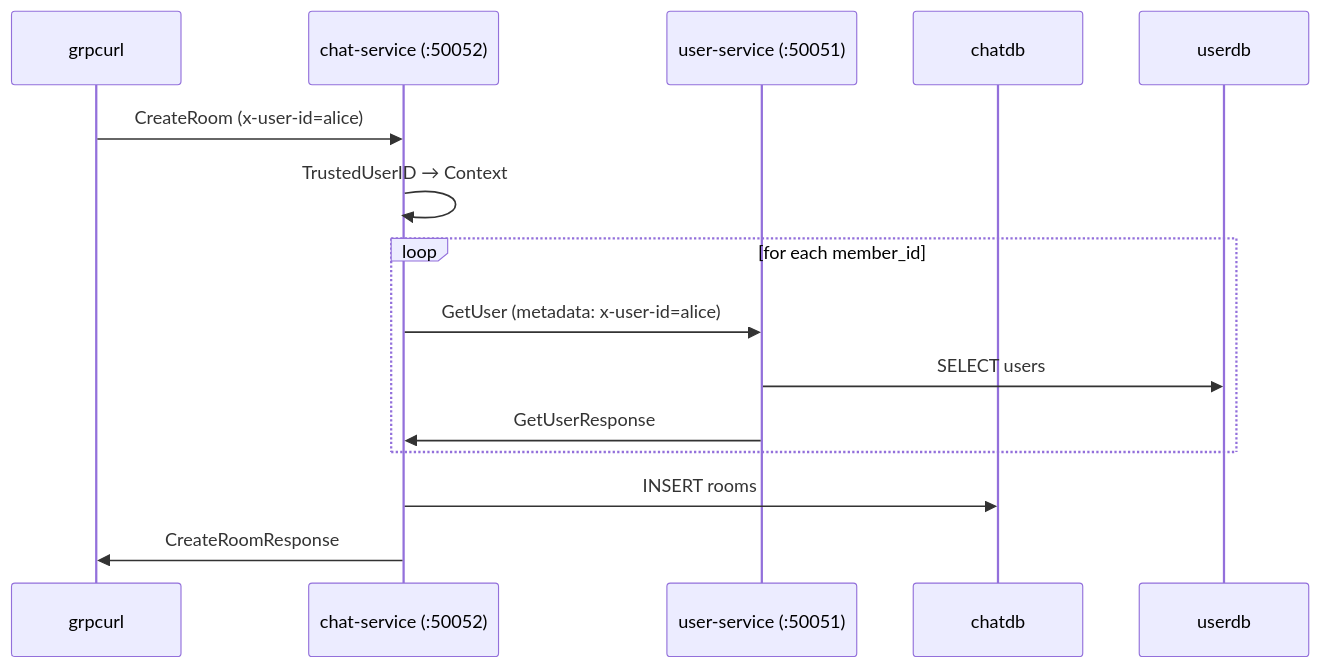
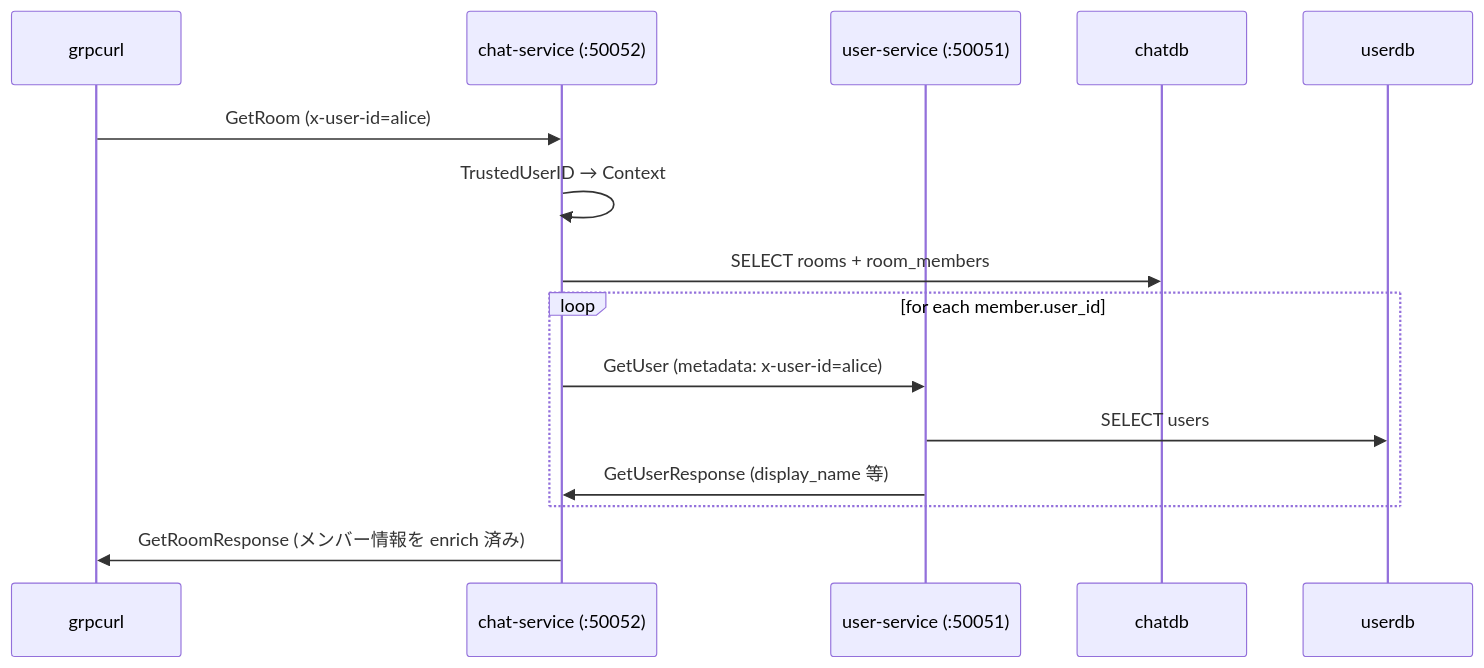
One commit to shunto-ishiguro/go-microservices-chat changed the diagram in docs/learning/phase-2.md. Above: the diagram before and after it, drawn with Mermaid. The commit also changed other lines of this file, not shown here.

````diff
--- a/docs/learning/phase-2.md
+++ b/docs/learning/phase-2.md
@@ -310,18 +366,18 @@
 ```mermaid
 sequenceDiagram
     participant Dev as grpcurl
     participant CS as chat-service (:50052)
     participant US as user-service (:50051)
     participant DB1 as chatdb
     participant DB2 as userdb
 
-    Dev->>CS: CreateRoom (x-user-id=alice)
+    Dev->>CS: GetRoom (x-user-id=alice)
     CS->>CS: TrustedUserID → Context
-    loop for each member_id
+    CS->>DB1: SELECT rooms + room_members
+    loop for each member.user_id
       CS->>US: GetUser (metadata: x-user-id=alice)
       US->>DB2: SELECT users
-      US->>CS: GetUserResponse
+      US->>CS: GetUserResponse (display_name 等)
     end
-    CS->>DB1: INSERT rooms
-    CS->>Dev: CreateRoomResponse
+    CS->>Dev: GetRoomResponse (メンバー情報を enrich 済み)
 ```
````
